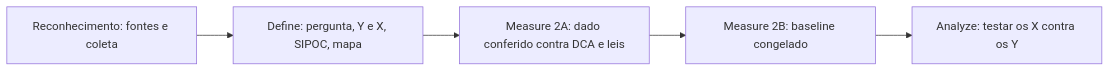
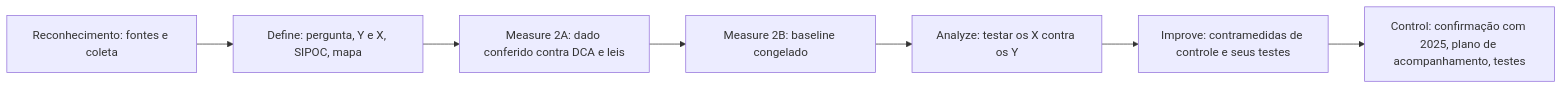
The diagram in fases/indice.md (MatheusAugustoEC/saude-rj), drawn with Mermaid before and after one commit. The commit also changed other lines of this file and 156 other files, not shown here.

First line of the commit message:
Improve, Control e Entrega: página única, biblioteca, testes e documentos em PDF

````diff
--- a/fases/indice.md
+++ b/fases/indice.md
@@ -17,7 +18,9 @@
 ```mermaid
 flowchart LR
   F0[Reconhecimento: fontes e coleta] --> F1[Define: pergunta, Y e X, SIPOC, mapa]
   F1 --> F2A[Measure 2A: dado conferido contra DCA e leis]
   F2A --> F2B[Measure 2B: baseline congelado]
   F2B --> F3[Analyze: testar os X contra os Y]
+  F3 --> F4[Improve: contramedidas de controle e seus testes]
+  F4 --> F5[Control: confirmação com 2025, plano de acompanhamento, testes]
 ```
````
